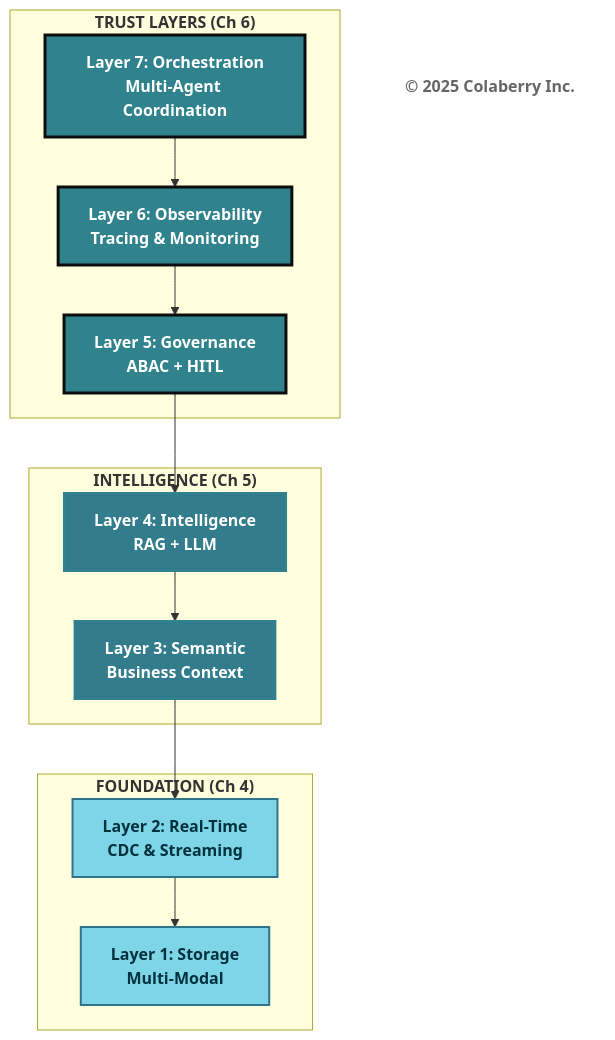
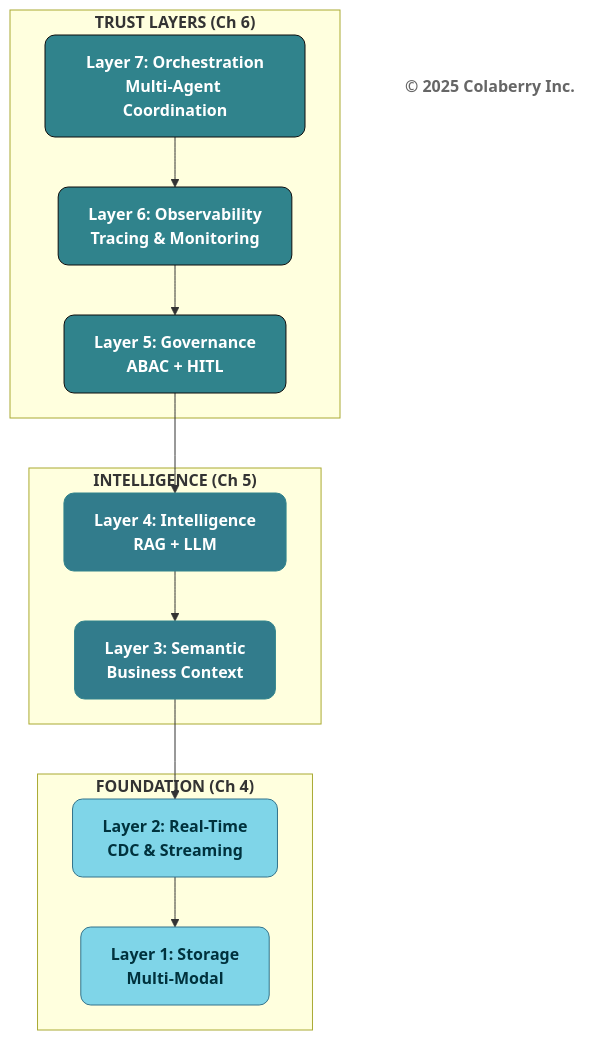
Before and after one commit to colaberry/trust-before-intelligence-book: the third of 14 diagrams in manuscript/07_chapter_6_transparency_orchestration_layers.md, drawn with Mermaid. The commit also changed other lines of this file and 12 other files, not shown here.

````diff
--- a/manuscript/07_chapter_6_transparency_orchestration_layers.md
+++ b/manuscript/07_chapter_6_transparency_orchestration_layers.md
@@ -127,31 +127,31 @@
 ```mermaid
 graph TB
     subgraph "<b>TRUST LAYERS (Ch 6)</b>"
         L7["<b>Layer 7: Orchestration</b><br/><b>Multi-Agent Coordination</b>"]
         L6["<b>Layer 6: Observability</b><br/><b>Tracing & Monitoring</b>"]
         L5["<b>Layer 5: Governance</b><br/><b>ABAC + HITL</b>"]
     end
     
     subgraph "<b>INTELLIGENCE (Ch 5)</b>"
         L4["<b>Layer 4: Intelligence</b><br/><b>RAG + LLM</b>"]
         L3["<b>Layer 3: Semantic</b><br/><b>Business Context</b>"]
     end
     
     subgraph "<b>FOUNDATION (Ch 4)</b>"
         L2["<b>Layer 2: Real-Time</b><br/><b>CDC & Streaming</b>"]
         L1["<b>Layer 1: Storage</b><br/><b>Multi-Modal</b>"]
     end
     
     Copyright["<b>© 2025 Colaberry Inc.</b>"]
     
     L7 --> L6 --> L5 --> L4 --> L3 --> L2 --> L1
     
-    style L7 fill:#30838C,color:#ffffff,stroke:#0D0D0D,stroke-width:3px
-    style L6 fill:#30838C,color:#ffffff,stroke:#0D0D0D,stroke-width:3px
-    style L5 fill:#30838C,color:#ffffff,stroke:#0D0D0D,stroke-width:3px
-    style L4 fill:#327C8C,stroke:#30838C,stroke-width:2px,color:#ffffff
-    style L3 fill:#327C8C,stroke:#30838C,stroke-width:2px,color:#ffffff
-    style L2 fill:#7FD5E8,stroke:#32738C,stroke-width:2px,color:#00323D
-    style L1 fill:#7FD5E8,stroke:#32738C,stroke-width:2px,color:#00323D
-    style Copyright fill:#ffffff,stroke:none,color:#666666
+    style L7 fill:#30838C,color:#ffffff,stroke:#0D0D0D,stroke-width:1px,rx:10,ry:10
+    style L6 fill:#30838C,color:#ffffff,stroke:#0D0D0D,stroke-width:1px,rx:10,ry:10
+    style L5 fill:#30838C,color:#ffffff,stroke:#0D0D0D,stroke-width:1px,rx:10,ry:10
+    style L4 fill:#327C8C,stroke:#30838C,stroke-width:1px,color:#ffffff,rx:10,ry:10
+    style L3 fill:#327C8C,stroke:#30838C,stroke-width:1px,color:#ffffff,rx:10,ry:10
+    style L2 fill:#7FD5E8,stroke:#32738C,stroke-width:1px,color:#00323D,rx:10,ry:10
+    style L1 fill:#7FD5E8,stroke:#32738C,stroke-width:1px,color:#00323D,rx:10,ry:10
+    style Copyright fill:none,stroke:none,color:#666666
 ```
````
